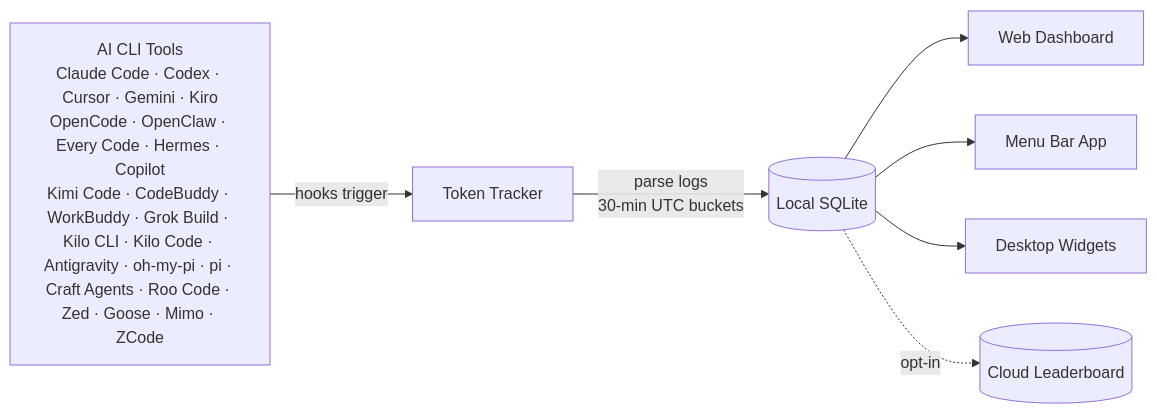
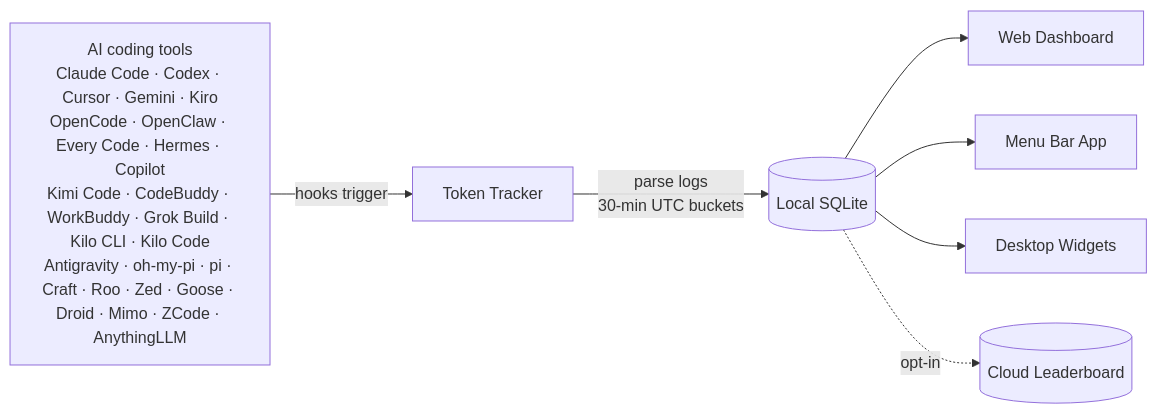
One commit to mm7894215/TokenTracker changed the diagram in README.md. Above: the diagram before and after it, drawn with Mermaid. The commit also changed other lines of this file and 20 other files, not shown here.

````diff
--- a/README.md
+++ b/README.md
@@ -231,10 +264,10 @@
 ```mermaid
 flowchart LR
-    A["AI CLI Tools<br/>Claude Code · Codex · Cursor · Gemini · Kiro<br/>OpenCode · OpenClaw · Every Code · Hermes · Copilot<br/>Kimi Code · CodeBuddy · WorkBuddy · Grok Build · Kilo CLI · Kilo Code · <br/>Antigravity · oh-my-pi · pi · Craft Agents · Roo Code · Zed · Goose · Mimo · ZCode"]
+    A["AI coding tools<br/>Claude Code · Codex · Cursor · Gemini · Kiro<br/>OpenCode · OpenClaw · Every Code · Hermes · Copilot<br/>Kimi Code · CodeBuddy · WorkBuddy · Grok Build · Kilo CLI · Kilo Code<br/>Antigravity · oh-my-pi · pi · Craft · Roo · Zed · Goose · Droid · Mimo · ZCode · AnythingLLM"]
     A -->|hooks trigger| B[Token Tracker]
     B -->|parse logs<br/>30-min UTC buckets| C[(Local SQLite)]
     C --> D[Web Dashboard]
     C --> E[Menu Bar App]
     C --> F[Desktop Widgets]
     C -.->|opt-in| G[(Cloud Leaderboard)]
 ```
````
